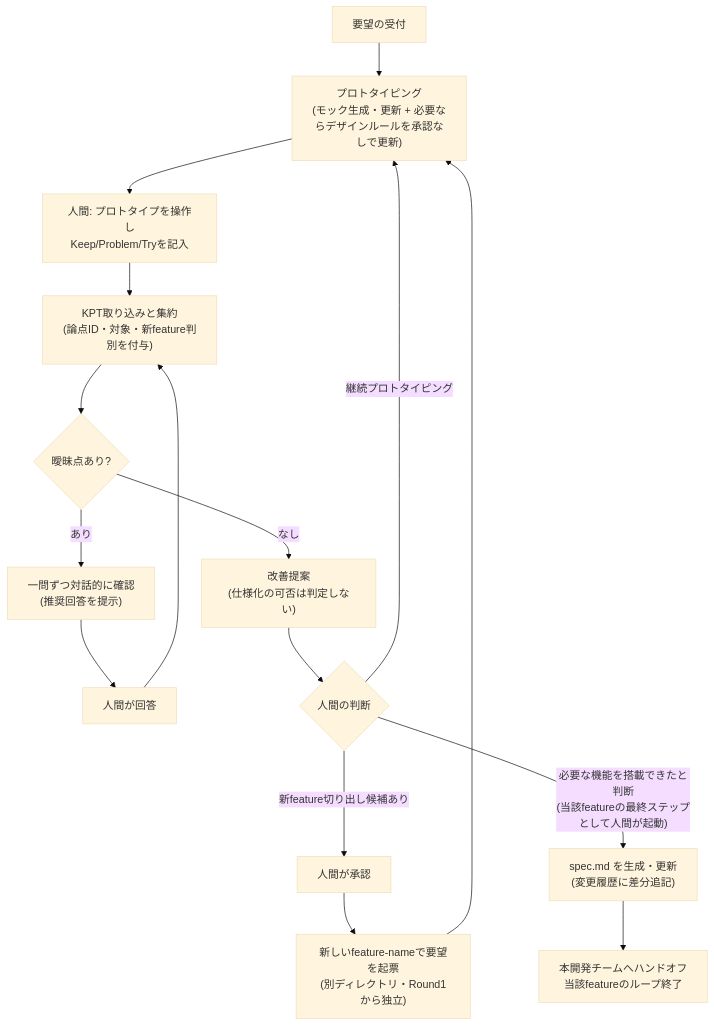
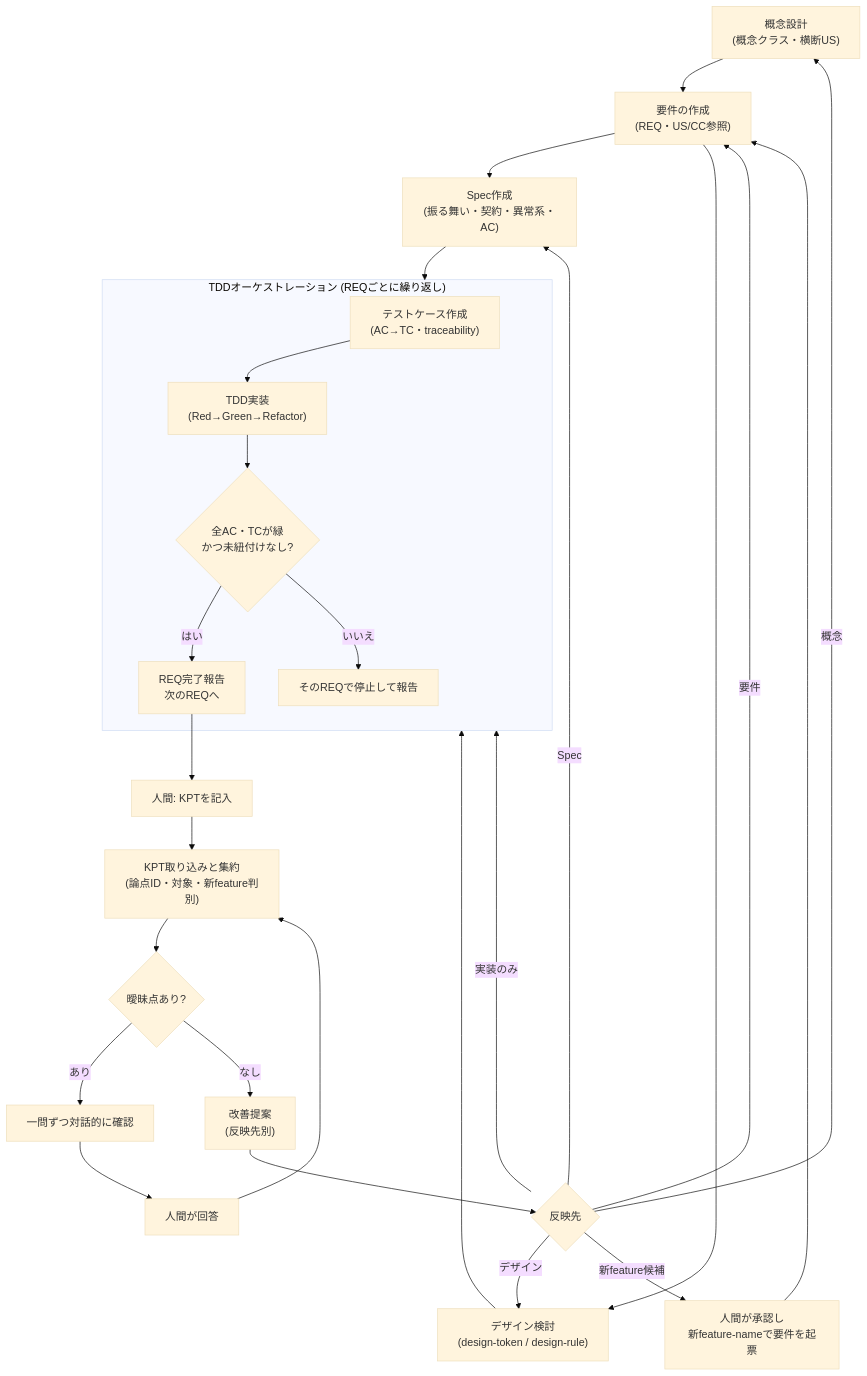
Before and after one commit to Aco-Lone/kpt-spec-proposer: the diagram in docs/process/prototype-driven-flow.md, drawn with Mermaid (base theme). The commit also changed other lines of this file and 41 other files, not shown here.

````diff
--- a/docs/process/prototype-driven-flow.md
+++ b/docs/process/prototype-driven-flow.md
@@ -31,18 +37,29 @@
 ```mermaid
 flowchart TD
-    A[要望の受付] --> B["プロトタイピング\n(モック生成・更新 + 必要ならデザインルールを承認なしで更新)"]
-    B --> C["人間: プロトタイプを操作し\nKeep/Problem/Tryを記入"]
-    C --> E["KPT取り込みと集約\n(論点ID・対象・新feature判別を付与)"]
+    C["概念設計\n(概念クラス・横断US)"] --> R["要件の作成\n(REQ・US/CC参照)"]
+    R --> S["Spec作成\n(振る舞い・契約・異常系・AC)"]
+    R --> D["デザイン検討\n(design-token / design-rule)"]
+    S --> O
+    D --> O
+    subgraph O["TDDオーケストレーション (REQごとに繰り返し)"]
+        T["テストケース作成\n(AC→TC・traceability)"] --> P["TDD実装\n(Red→Green→Refactor)"]
+        P --> V{"全AC・TCが緑\nかつ未紐付けなし?"}
+        V -- はい --> N["REQ完了報告\n次のREQへ"]
+        V -- いいえ --> X["そのREQで停止して報告"]
+    end
+    N --> K["人間: KPTを記入"]
+    K --> E["KPT取り込みと集約\n(論点ID・対象・新feature判別)"]
     E --> F{曖昧点あり?}
-    F -- あり --> G["一問ずつ対話的に確認\n(推奨回答を提示)"]
+    F -- あり --> G["一問ずつ対話的に確認"]
     G --> H["人間が回答"]
     H --> E
-    F -- なし --> I["改善提案\n(仕様化の可否は判定しない)"]
-    I --> J{人間の判断}
-    J -- 継続プロトタイピング --> B
-    J -- 新feature切り出し候補あり --> K["人間が承認"]
-    K --> L["新しいfeature-nameで要望を起票\n(別ディレクトリ・Round1から独立)"]
-    L --> B
-    J -- "必要な機能を搭載できたと判断\n(当該featureの最終ステップとして人間が起動)" --> M["spec.md を生成・更新\n(変更履歴に差分追記)"]
-    M --> N["本開発チームへハンドオフ\n当該featureのループ終了"]
+    F -- なし --> I["改善提案\n(反映先別)"]
+    I --> J{反映先}
+    J -- 概念 --> C
+    J -- 要件 --> R
+    J -- Spec --> S
+    J -- デザイン --> D
+    J -- 実装のみ --> O
+    J -- 新feature候補 --> L["人間が承認し\n新feature-nameで要件を起票"]
+    L --> R
 ```
````
